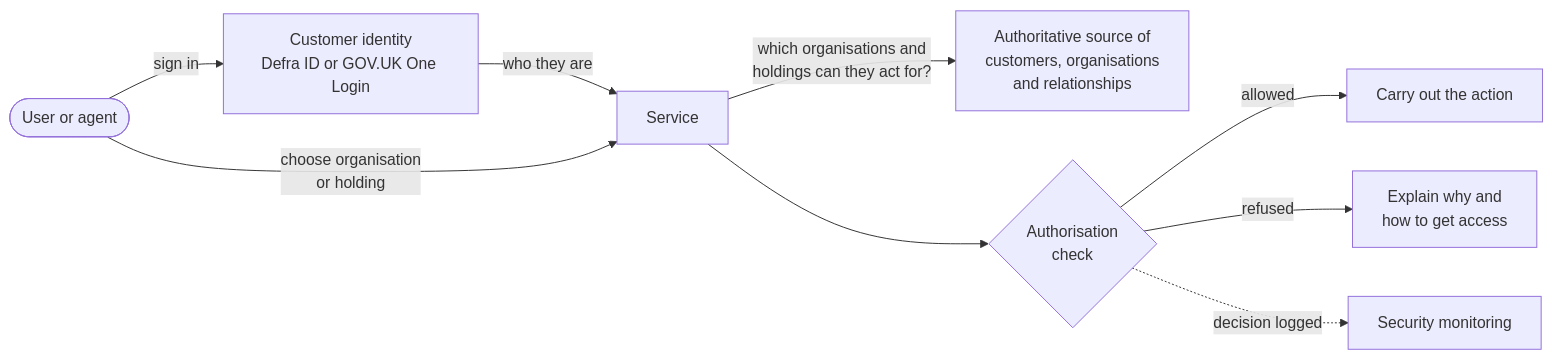
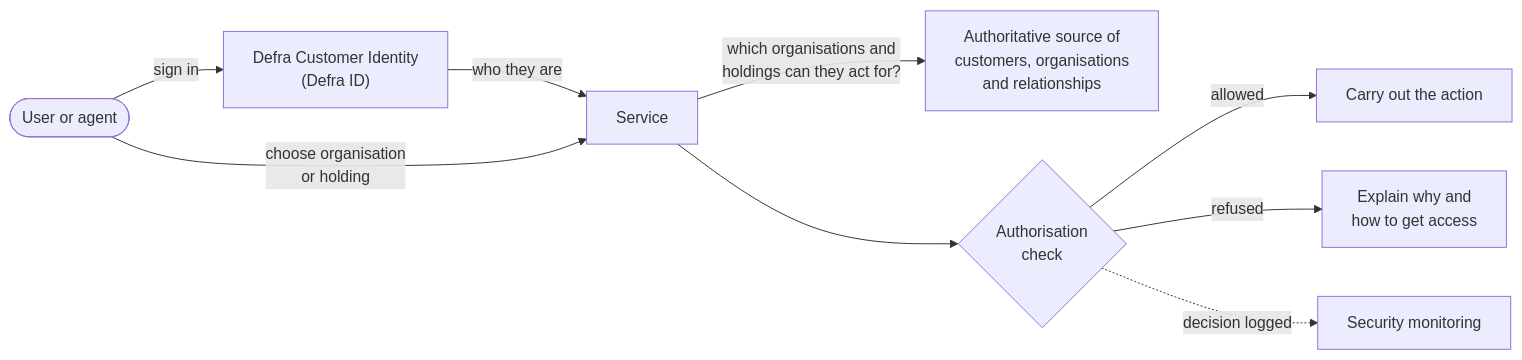
One commit to DEFRA/architecture changed the diagram in docs/patterns/acting-on-behalf.md. Above: the diagram before and after it, drawn with Mermaid. The commit also changed other lines of this file and 23 other files, not shown here.

````diff
--- a/docs/patterns/acting-on-behalf.md
+++ b/docs/patterns/acting-on-behalf.md
@@ -24,13 +24,13 @@
 ```mermaid
 flowchart LR
     accTitle: Acting on behalf of an organisation or holding
     accDescr: A user signs in through customer identity, which returns who they are. The service asks the authoritative source of customer and organisation relationships which organisations and holdings the user can act for, and the user picks one. An authorisation component in the service checks the user's role for that organisation against the action requested, allows or refuses it, and logs the decision for security monitoring.
-    U(["User or agent"]) -->|"sign in"| ID["Customer identity<br/>Defra ID or GOV.UK One Login"]
+    U(["User or agent"]) -->|"sign in"| ID["Defra Customer Identity<br/>(Defra ID)"]
     ID -->|"who they are"| SVC["Service"]
     SVC -->|"which organisations and<br/>holdings can they act for?"| REL["Authoritative source of<br/>customers, organisations<br/>and relationships"]
     U -->|"choose organisation<br/>or holding"| SVC
     SVC --> AZ{"Authorisation<br/>check"}
     AZ -->|"allowed"| ACT["Carry out the action"]
     AZ -->|"refused"| NO["Explain why and<br/>how to get access"]
     AZ -.->|"decision logged"| SOC["Security monitoring"]
 ```
````
